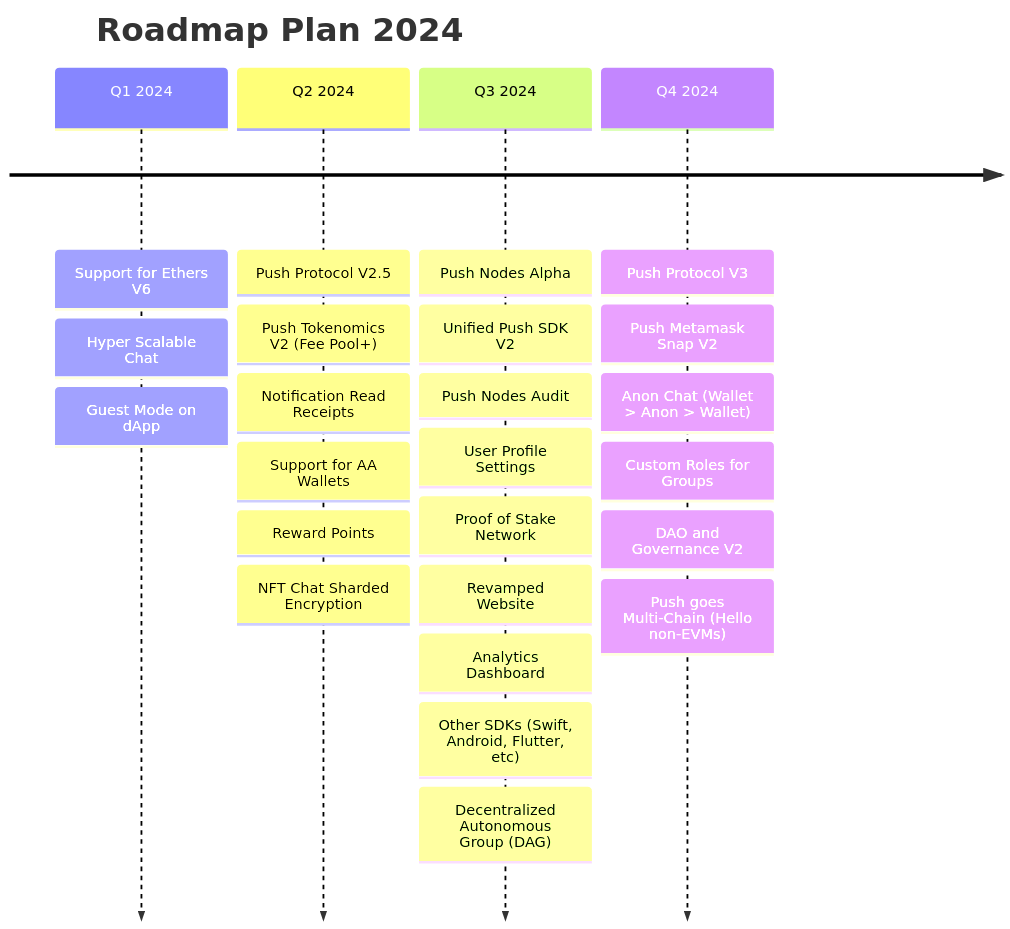
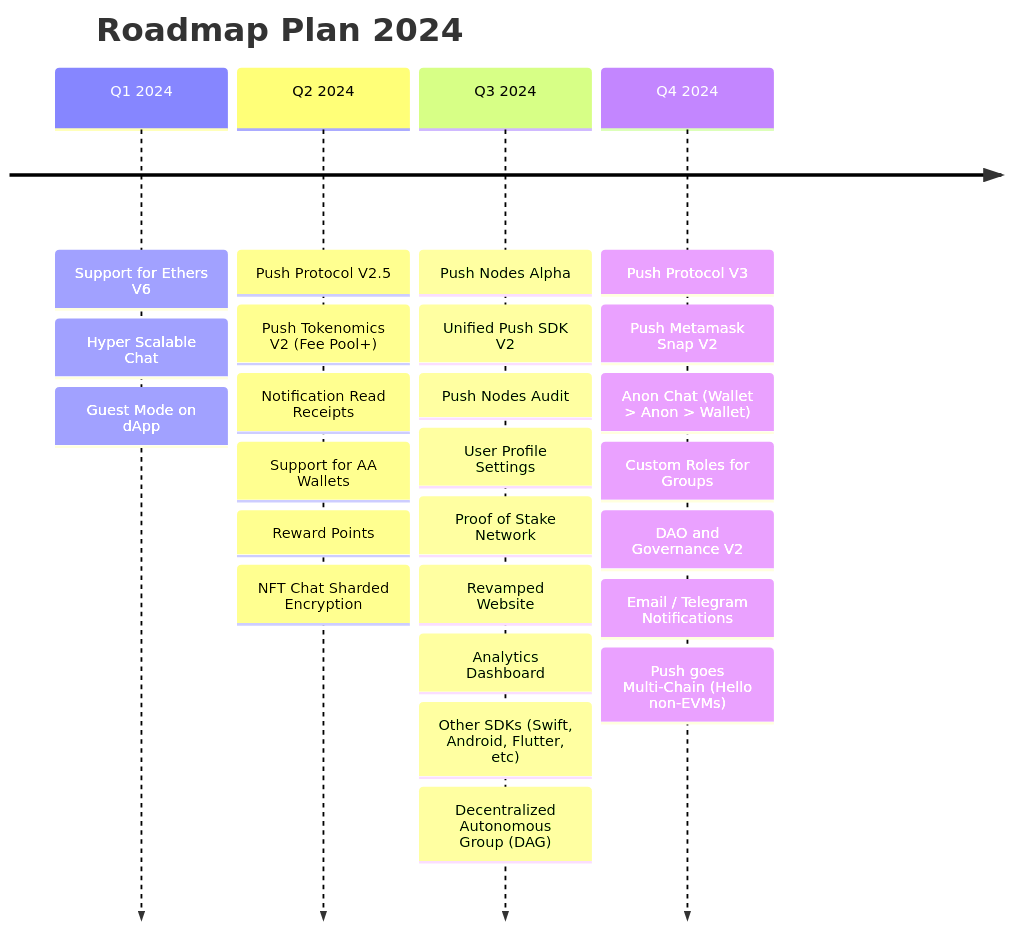
The diagram in docs/roadmap/01-Push-Roadmap.mdx (push-protocol/push-website), drawn with Mermaid before and after one commit. The commit also changed other lines of this file and 1 other file, not shown here.

Commit message:
Updated Roadmap

````diff
--- a/docs/roadmap/01-Push-Roadmap.mdx
+++ b/docs/roadmap/01-Push-Roadmap.mdx
@@ -21,28 +21,29 @@
 ```mermaid
 timeline
     title Roadmap Plan 2024
     Q1 2024 : Support for Ethers V6
             : Hyper Scalable Chat
             : Guest Mode on dApp
     Q2 2024 : Push Protocol V2.5
             : Push Tokenomics V2 (Fee Pool+)
             : Notification Read Receipts
             : Support for AA Wallets
             : Reward Points
             : NFT Chat Sharded Encryption
     Q3 2024 : Push Nodes Alpha
             : Unified Push SDK V2
             : Push Nodes Audit
             : User Profile Settings
             : Proof of Stake Network
             : Revamped Website
             : Analytics Dashboard
             : Other SDKs (Swift, Android, Flutter, etc)
             : Decentralized Autonomous Group (DAG)
     Q4 2024 : Push Protocol V3
             : Push Metamask Snap V2
             : Anon Chat (Wallet > Anon > Wallet)
             : Custom Roles for Groups
             : DAO and Governance V2
+            : Email / Telegram Notifications
             : Push goes Multi-Chain (Hello non-EVMs)
 ```
````
